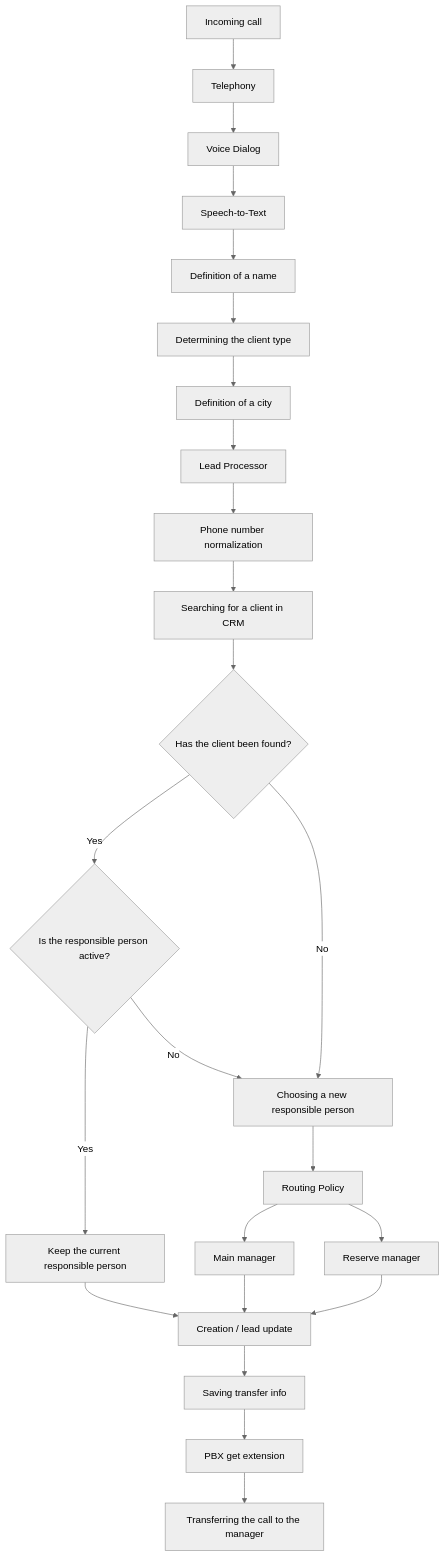
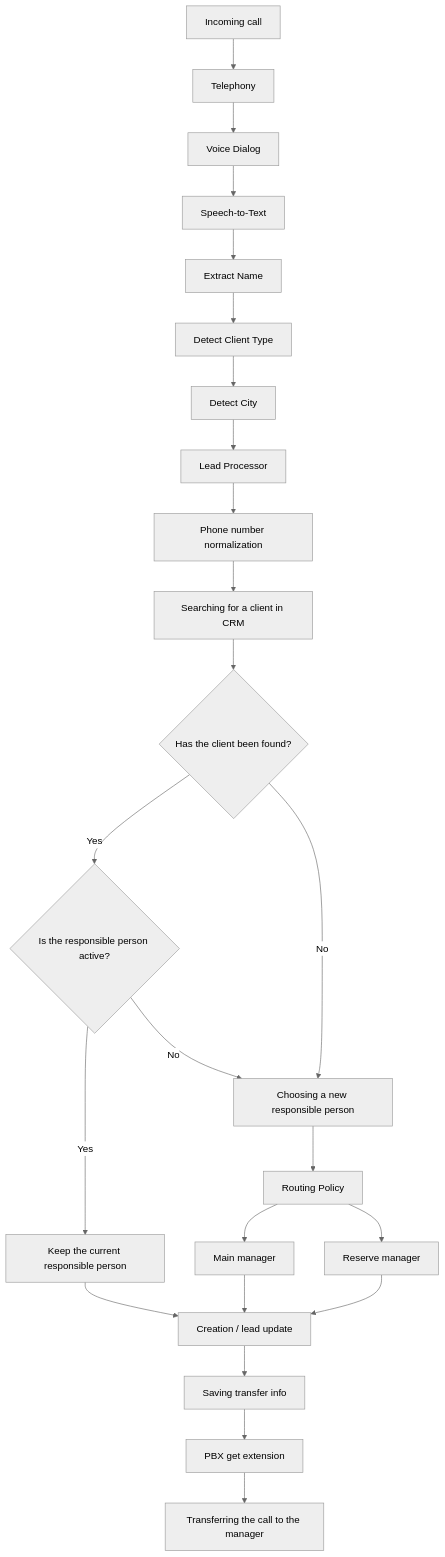
Before and after one commit to ValeriaGjff/Call-Flow-Bitrix: the diagram in README.md, drawn with Mermaid (neutral theme). The commit also changed other lines of this file, not shown here.

````diff
--- a/README.md
+++ b/README.md
@@ -31,35 +47,35 @@
 ```mermaid
 flowchart TD
    A[Incoming call] --> B[Telephony]
    B --> C[Voice Dialog]
    C --> D[Speech-to-Text]
 
-   D --> E[Definition of a name]
-   E --> F[Determining the client type]
-   F --> G[Definition of a city]
+   D --> E[Extract Name]
+   E --> F[Detect Client Type]
+   F --> G[Detect City]
 
    G --> H[Lead Processor]
 
    H --> I[Phone number normalization]
    I --> J[Searching for a client in CRM]
 
    J --> K{Has the client been found?}
 
    K -- Yes --> L{Is the responsible person active?}
    K -- No --> M[Choosing a new responsible person]
 
    L -- Yes --> N[Keep the current responsible person]
    L -- No --> M
 
    M --> O[Routing Policy]
    O --> P[Main manager]
    O --> Q[Reserve manager]
 
    N --> R[Creation / lead update]
    P --> R
    Q --> R
 
    R --> S[Saving transfer info]
    S --> T[PBX get extension]
    T --> U[Transferring the call to the manager]
 ```
````
